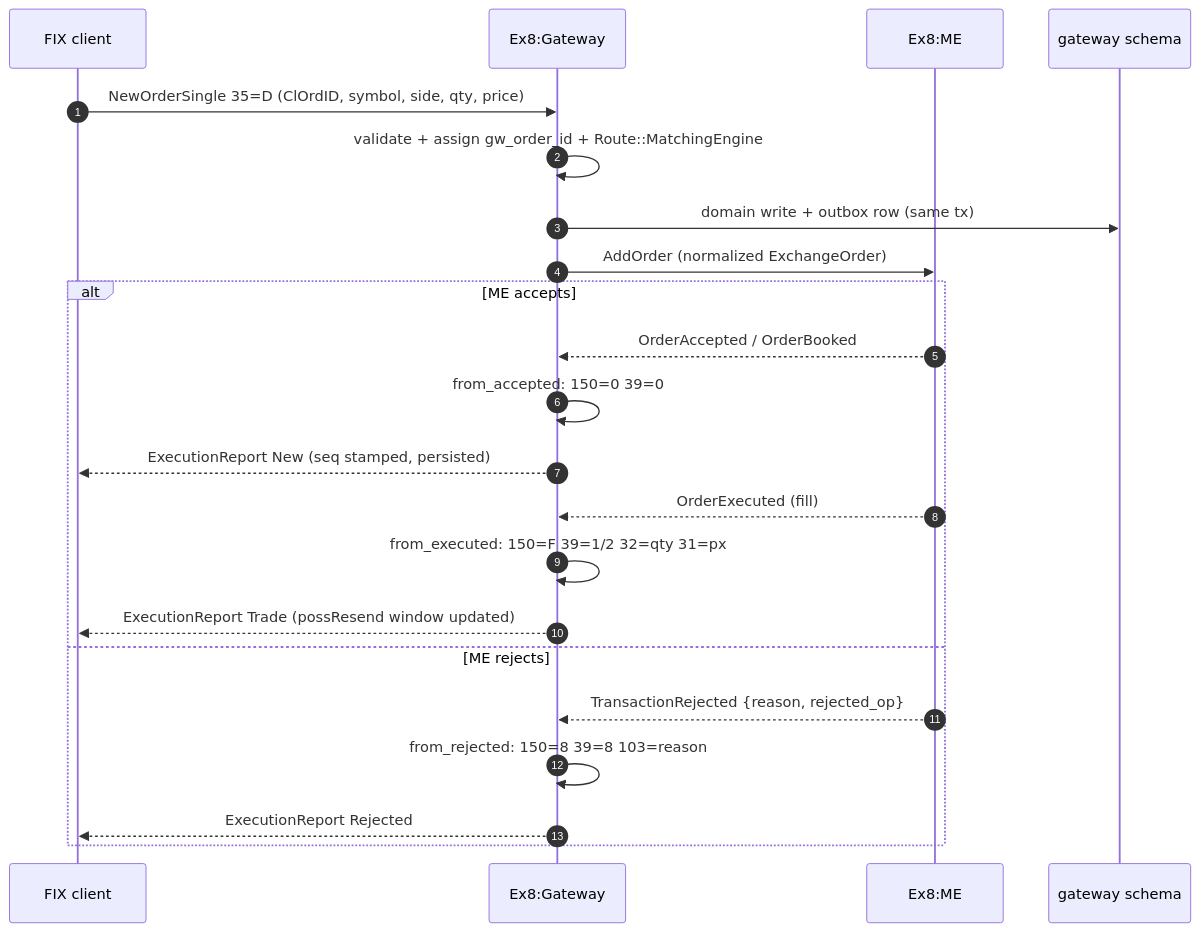
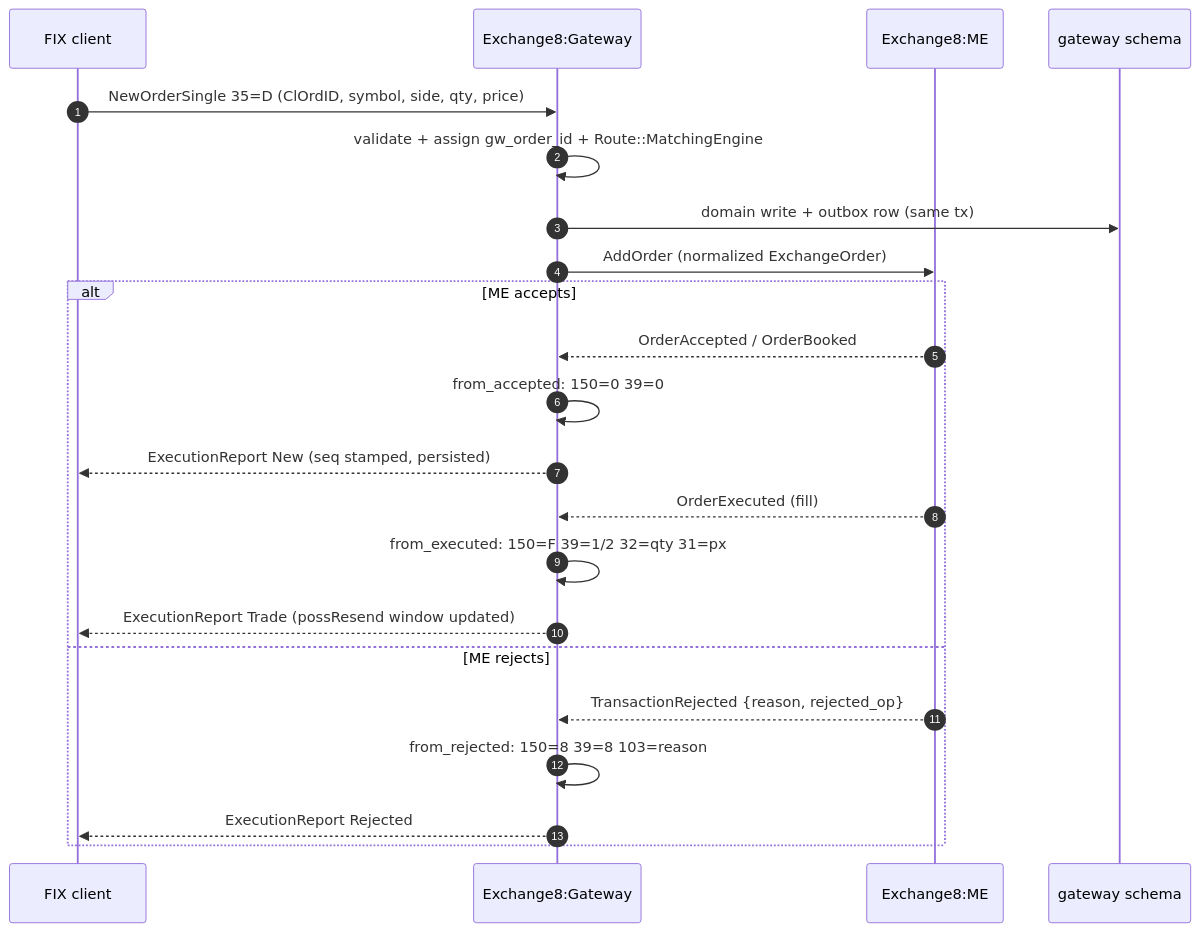
Before and after one commit to Exchange8-dev/exchange8-gateway: the ninth of 14 diagrams in DESIGN.md, drawn with Mermaid. The commit also changed other lines of this file and 14 other files, not shown here.

````diff
--- a/DESIGN.md
+++ b/DESIGN.md
@@ -492,25 +492,25 @@
 ```mermaid
 sequenceDiagram
     autonumber
     participant C as FIX client
-    participant GW as Ex8:Gateway
-    participant ME as Ex8:ME
+    participant GW as Exchange8:Gateway
+    participant ME as Exchange8:ME
     participant DB as gateway schema
 
     C->>GW: NewOrderSingle 35=D (ClOrdID, symbol, side, qty, price)
     GW->>GW: validate + assign gw_order_id + Route::MatchingEngine
     GW->>DB: domain write + outbox row (same tx)
     GW->>ME: AddOrder (normalized ExchangeOrder)
     alt ME accepts
         ME-->>GW: OrderAccepted / OrderBooked
         GW->>GW: from_accepted: 150=0 39=0
         GW-->>C: ExecutionReport New (seq stamped, persisted)
         ME-->>GW: OrderExecuted (fill)
         GW->>GW: from_executed: 150=F 39=1/2 32=qty 31=px
         GW-->>C: ExecutionReport Trade (possResend window updated)
     else ME rejects
         ME-->>GW: TransactionRejected {reason, rejected_op}
         GW->>GW: from_rejected: 150=8 39=8 103=reason
         GW-->>C: ExecutionReport Rejected
     end
 ```
````
